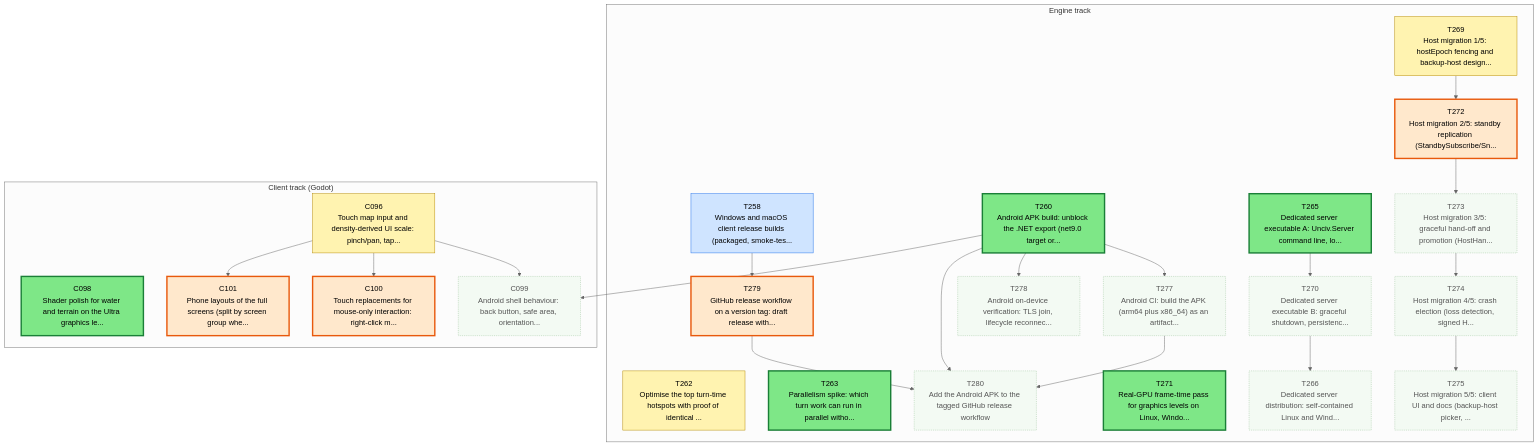
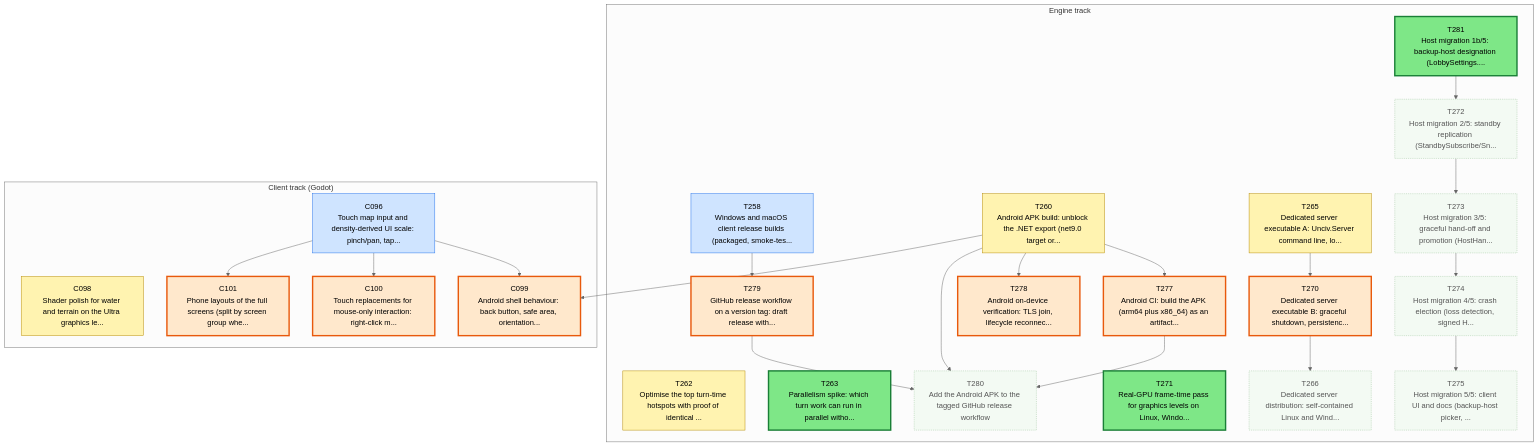
One commit to Kenmura/Unciv changed the first of 3 diagrams in csharp/migration/DEPENDENCY_MAP.md. Above: the diagram before and after it, drawn with Mermaid (neutral theme). The commit also changed other lines of this file and 1 other file, not shown here.

Commit message:
migration: T258 -> In-Review [Claude-T258]

````diff
--- a/csharp/migration/DEPENDENCY_MAP.md
+++ b/csharp/migration/DEPENDENCY_MAP.md
@@ -35,74 +35,74 @@
 ```mermaid
 flowchart TD
   subgraph TTRACK["Engine track"]
     T258["T258<br/>Windows and macOS client release builds (packaged, smoke-tes..."]
     T260["T260<br/>Android APK build: unblock the .NET export (net9.0 target or..."]
     T262["T262<br/>Optimise the top turn-time hotspots with proof of identical ..."]
     T263["T263<br/>Parallelism spike: which turn work can run in parallel witho..."]
     T265["T265<br/>Dedicated server executable A: Unciv.Server command line, lo..."]
     T266["T266<br/>Dedicated server distribution: self-contained Linux and Wind..."]
-    T269["T269<br/>Host migration 1/5: hostEpoch fencing and backup-host design..."]
     T270["T270<br/>Dedicated server executable B: graceful shutdown, persistenc..."]
     T271["T271<br/>Real-GPU frame-time pass for graphics levels on Linux, Windo..."]
     T272["T272<br/>Host migration 2/5: standby replication (StandbySubscribe/Sn..."]
     T273["T273<br/>Host migration 3/5: graceful hand-off and promotion (HostHan..."]
     T274["T274<br/>Host migration 4/5: crash election (loss detection, signed H..."]
     T275["T275<br/>Host migration 5/5: client UI and docs (backup-host picker, ..."]
     T277["T277<br/>Android CI: build the APK (arm64 plus x86_64) as an artifact..."]
     T278["T278<br/>Android on-device verification: TLS join, lifecycle reconnec..."]
     T279["T279<br/>GitHub release workflow on a version tag: draft release with..."]
     T280["T280<br/>Add the Android APK to the tagged GitHub release workflow"]
+    T281["T281<br/>Host migration 1b/5: backup-host designation (LobbySettings...."]
   end
   subgraph CTRACK["Client track (Godot)"]
     C096["C096<br/>Touch map input and density-derived UI scale: pinch/pan, tap..."]
     C098["C098<br/>Shader polish for water and terrain on the Ultra graphics le..."]
     C099["C099<br/>Android shell behaviour: back button, safe area, orientation..."]
     C100["C100<br/>Touch replacements for mouse-only interaction: right-click m..."]
     C101["C101<br/>Phone layouts of the full screens (split by screen group whe..."]
   end
   T270 --> T266
   T265 --> T270
-  T269 --> T272
+  T281 --> T272
   T272 --> T273
   T273 --> T274
   T274 --> T275
   T260 --> T277
   T260 --> T278
   T258 --> T279
   T279 --> T280
   T260 --> T280
   T277 --> T280
   T260 --> C099
   C096 --> C099
   C096 --> C100
   C096 --> C101
   classDef waiting fill:#f3faf3,stroke:#9bc49b,color:#555,stroke-dasharray:2 2
   classDef ondeck fill:#ffe8cc,stroke:#e8590c,stroke-width:3px,color:#000
   classDef ready fill:#7ee787,stroke:#1a7f37,stroke-width:3px,color:#000
   classDef prog fill:#fff3b0,stroke:#b58900,color:#000
   classDef review fill:#cfe4ff,stroke:#1f6feb,color:#000
   classDef blocked fill:#ffd6d6,stroke:#c62828,color:#000
   classDef done fill:#eeeeee,stroke:#999999,color:#666,stroke-dasharray:4 3
-  class C096 prog
-  class C098 ready
-  class C099 waiting
+  class C096 review
+  class C098 prog
+  class C099 ondeck
   class C100 ondeck
   class C101 ondeck
   class T258 review
-  class T260 ready
+  class T260 prog
   class T262 prog
   class T263 ready
-  class T265 ready
+  class T265 prog
   class T266 waiting
-  class T269 prog
-  class T270 waiting
+  class T270 ondeck
   class T271 ready
-  class T272 ondeck
+  class T272 waiting
   class T273 waiting
   class T274 waiting
   class T275 waiting
-  class T277 waiting
-  class T278 waiting
+  class T277 ondeck
+  class T278 ondeck
   class T279 ondeck
   class T280 waiting
+  class T281 ready
 ```
````
